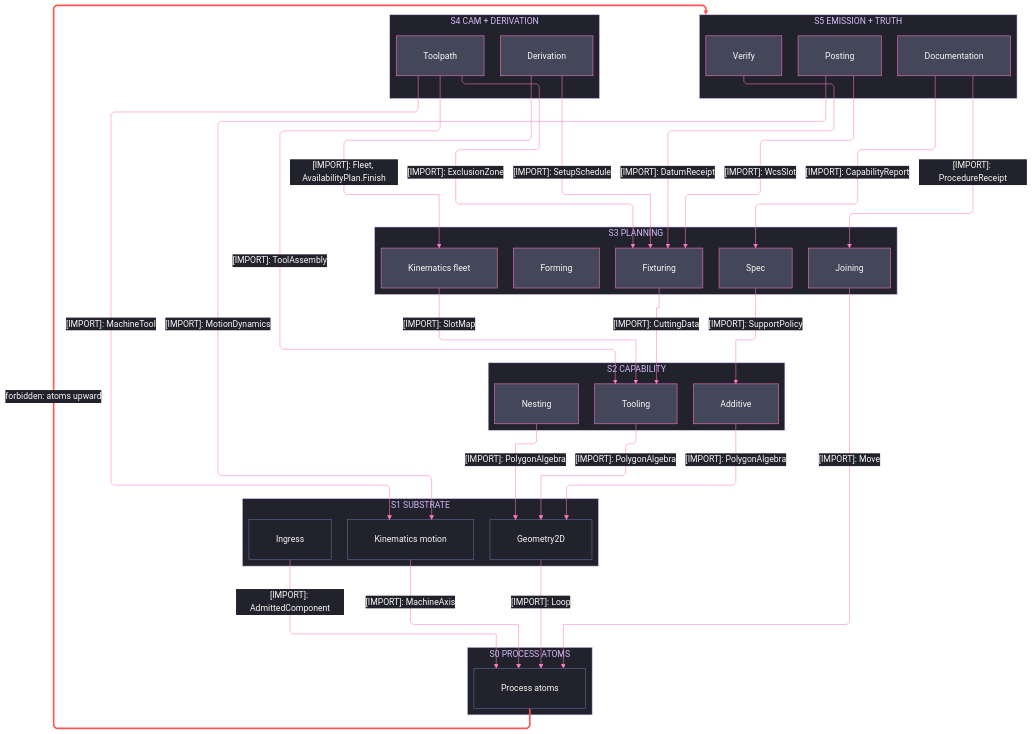
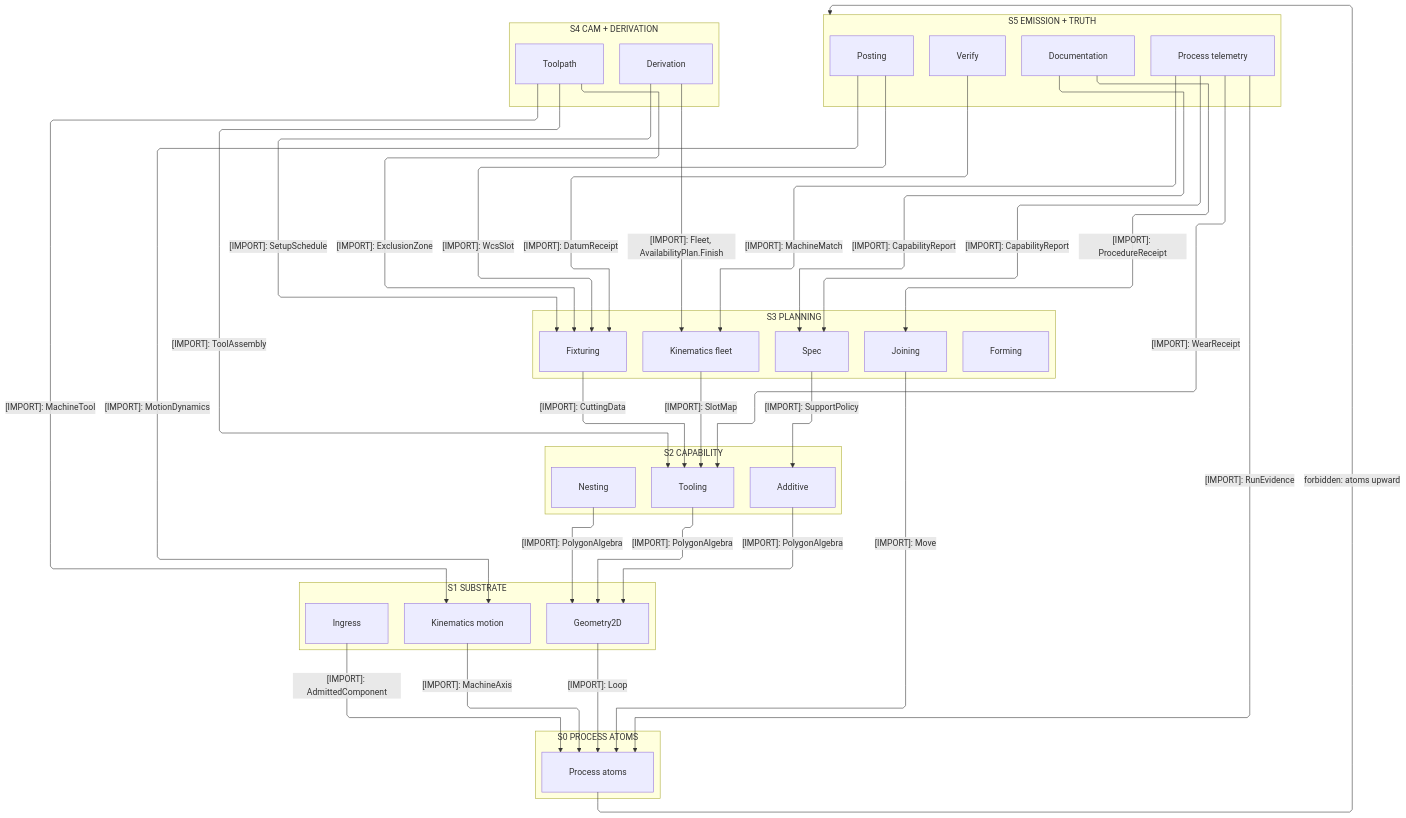
The first of 3 diagrams in libs/csharp/Rasm.Fabrication/ARCHITECTURE.md (bsamiee/Rasm), drawn with Mermaid before and after one commit. The commit also changed other lines of this file and 460 other files, not shown here.

````diff
--- a/libs/csharp/Rasm.Fabrication/ARCHITECTURE.md
+++ b/libs/csharp/Rasm.Fabrication/ARCHITECTURE.md
@@ -100,37 +101,19 @@
 ```mermaid
 ---
 config:
-  theme: base
-  look: classic
   layout: elk
   flowchart:
     curve: linear
     padding: 25
-  themeVariables:
-    darkMode: true
-    fontFamily: "SF Mono, Menlo, Cascadia Mono, Segoe UI Mono, Consolas, monospace"
-    useGradient: false
-    dropShadow: "none"
-    background: "#282A36"
-    primaryColor: "#44475A"
-    primaryTextColor: "#F8F8F2"
-    primaryBorderColor: "#BD93F9"
-    lineColor: "#FF79C6"
-    textColor: "#F8F8F2"
-    clusterBkg: "#21222C"
-    clusterBorder: "#D6BCFA"
-    edgeLabelBackground: "#21222C"
-    labelBackgroundColor: "#21222C"
-    titleColor: "#D6BCFA"
-  themeCSS: ".nodeLabel{font-size:13px;font-weight:500}.edgeLabel{font-size:12px;font-weight:500}.cluster-label .nodeLabel{font-size:13.5px;font-weight:700;letter-spacing:.08em}.edge-thickness-normal{stroke-width:2px}.edge-thickness-thick{stroke-width:3px}.edge-pattern-dashed,.edge-pattern-dotted{stroke-width:1.5px;stroke-dasharray:4 6}.node rect,.node circle,.node polygon,.node path,.node .outer-path{stroke-width:1.5px;filter:none!important}.cluster rect{stroke-width:1px!important;stroke-dasharray:5 4!important;filter:none!important}.marker path{transform:scale(.8);transform-origin:5px 5px}.marker circle{transform:scale(.48);transform-origin:5px 5px}.edgeLabel rect{transform-box:fill-box;transform-origin:center;transform:scale(1.1,1.2)}"
 ---
 flowchart TB
     accTitle: Rasm.Fabrication interior strata
-    accDescr: Six stacked strata from the posting, verify, and documentation truth tier through the CAM plane and derivation aggregator, the planning owners, the capability owners, and the substrate lanes onto the process atoms floor, every consumption edge downward and solid naming one sourced type, and one forbidden upward edge styled red.
+    accDescr: Six stacked strata from the posting, verify, and documentation truth tier through the CAM plane and derivation aggregator, the planning owners, the capability owners, and the substrate lanes onto the process atoms floor, every consumption edge downward and solid naming one sourced type, and one forbidden upward edge labeled as such.
     subgraph L5["S5 EMISSION + TRUTH"]
         Posting[Posting]
         Verify[Verify]
         Documentation[Documentation]
+        Telemetry[Process telemetry]
     end
     subgraph L4["S4 CAM + DERIVATION"]
         Toolpath[Toolpath]
@@ -176,13 +159,9 @@
     Documentation e22@-->|"[IMPORT]: ProcedureReceipt"| Joining
     Posting e23@-->|"[IMPORT]: WcsSlot"| Fixturing
     Posting e24@-->|"[IMPORT]: MotionDynamics"| Motion
+    Telemetry e25@-->|"[IMPORT]: WearReceipt"| Tooling
+    Telemetry e26@-->|"[IMPORT]: MachineMatch"| Fleet
+    Telemetry e27@-->|"[IMPORT]: CapabilityReport"| Spec
+    Telemetry e28@-->|"[IMPORT]: RunEvidence"| Atoms
     Atoms f1@-->|"forbidden: atoms upward"| L5
-    classDef primary fill:#44475A,stroke:#FF79C6,color:#F8F8F2
-    classDef recessed fill:#21222C,stroke:#6272A4,color:#F8F8F2
-    classDef edgeControl stroke:#FF79C6,color:#F8F8F2
-    classDef edgeError stroke:#FF5555,stroke-width:3px,color:#F8F8F2
-    class Posting,Verify,Documentation,Toolpath,Derivation,Fixturing,Forming,Joining,Spec,Fleet,Tooling,Nesting,Additive primary
-    class Geometry2D,Ingress,Motion,Atoms recessed
-    class e2,e3,e4,e5,e6,e7,e8,e9,e10,e11,e12,e13,e14,e15,e16,e17,e18,e22,e23,e24 edgeControl
-    class f1 edgeError
 ```
````
